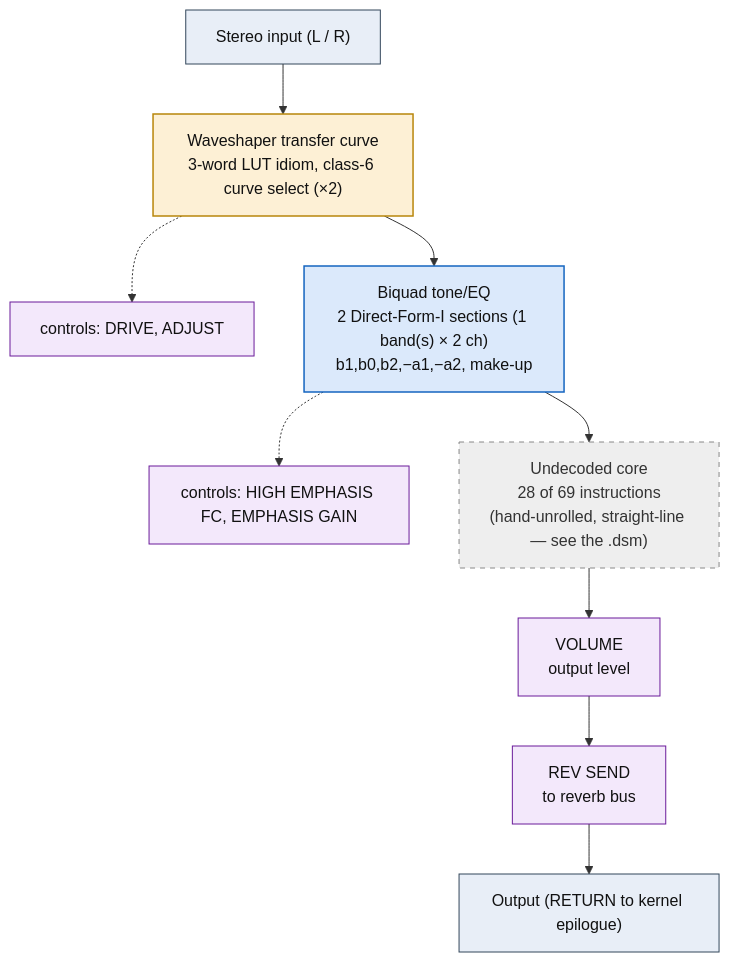
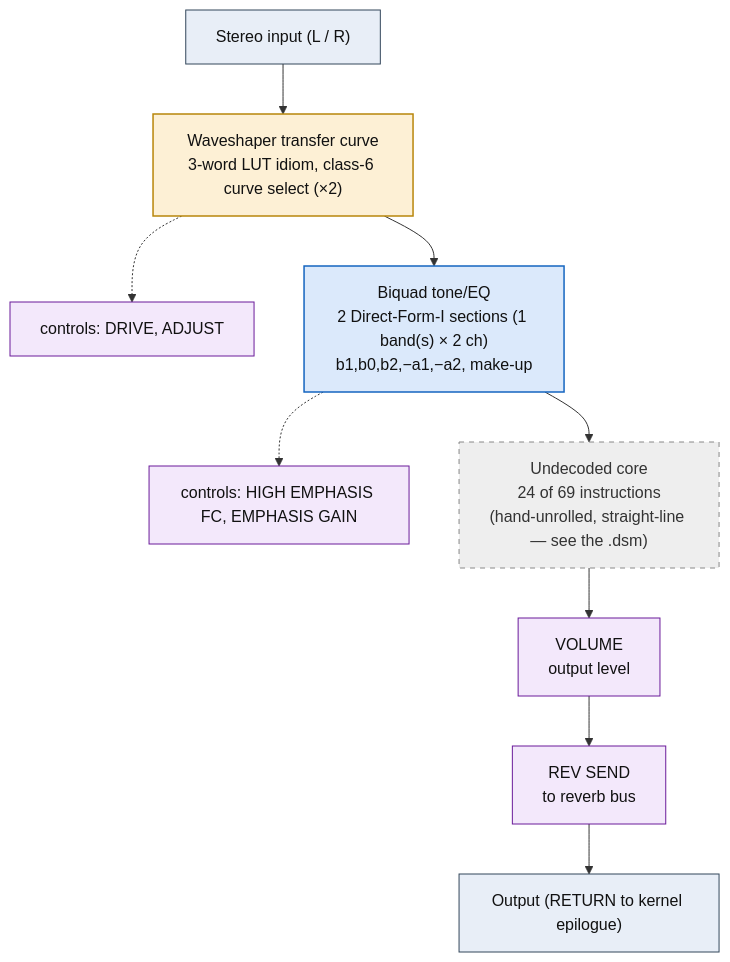
The diagram in dsp/flowcharts/prog35_exciter.md (ArqueologiaDigital/kn5000-roms-disasm), drawn with Mermaid before and after one commit. The commit also changed other lines of this file and 78 other files, not shown here.

````diff
--- a/dsp/flowcharts/prog35_exciter.md
+++ b/dsp/flowcharts/prog35_exciter.md
@@ -12,32 +12,32 @@
 ```mermaid
 flowchart TD
     N0["Stereo input (L / R)"]
     N1["Waveshaper transfer curve<br/>3-word LUT idiom, class-6 curve select (&times;2)"]
     N0 --> N1
     N2["controls: DRIVE, ADJUST"]
     N1 -.-> N2
     N3["Biquad tone/EQ<br/>2 Direct-Form-I sections (1 band(s) &times; 2 ch)<br/>b1,b0,b2,&minus;a1,&minus;a2, make-up"]
     N1 --> N3
     N4["controls: HIGH EMPHASIS FC, EMPHASIS GAIN"]
     N3 -.-> N4
-    N5["Undecoded core<br/>28 of 69 instructions<br/>(hand-unrolled, straight-line &mdash; see the .dsm)"]
+    N5["Undecoded core<br/>24 of 69 instructions<br/>(hand-unrolled, straight-line &mdash; see the .dsm)"]
     N3 --> N5
     N6["VOLUME<br/>output level"]
     N5 --> N6
     N7["REV SEND<br/>to reverb bus"]
     N6 --> N7
     N8["Output (RETURN to kernel epilogue)"]
     N7 --> N8
 
     classDef io fill:#e8eef7,stroke:#33475b,stroke-width:1px,color:#111;
     classDef proven fill:#d7f0d7,stroke:#2e7d32,stroke-width:2px,color:#111;
     classDef measured fill:#dbe9fb,stroke:#1565c0,stroke-width:1.5px,color:#111;
     classDef inferred fill:#fdf0d5,stroke:#b8860b,stroke-width:1.5px,color:#111;
     classDef open fill:#eeeeee,stroke:#888,stroke-width:1px,color:#333,stroke-dasharray:5 5;
     classDef ctrl fill:#f3e8fb,stroke:#6a1b9a,stroke-width:1px,color:#111;
     class N0,N8 io;
     class N1 inferred;
     class N2,N4,N6,N7 ctrl;
     class N3 measured;
     class N5 open;
 ```
````
